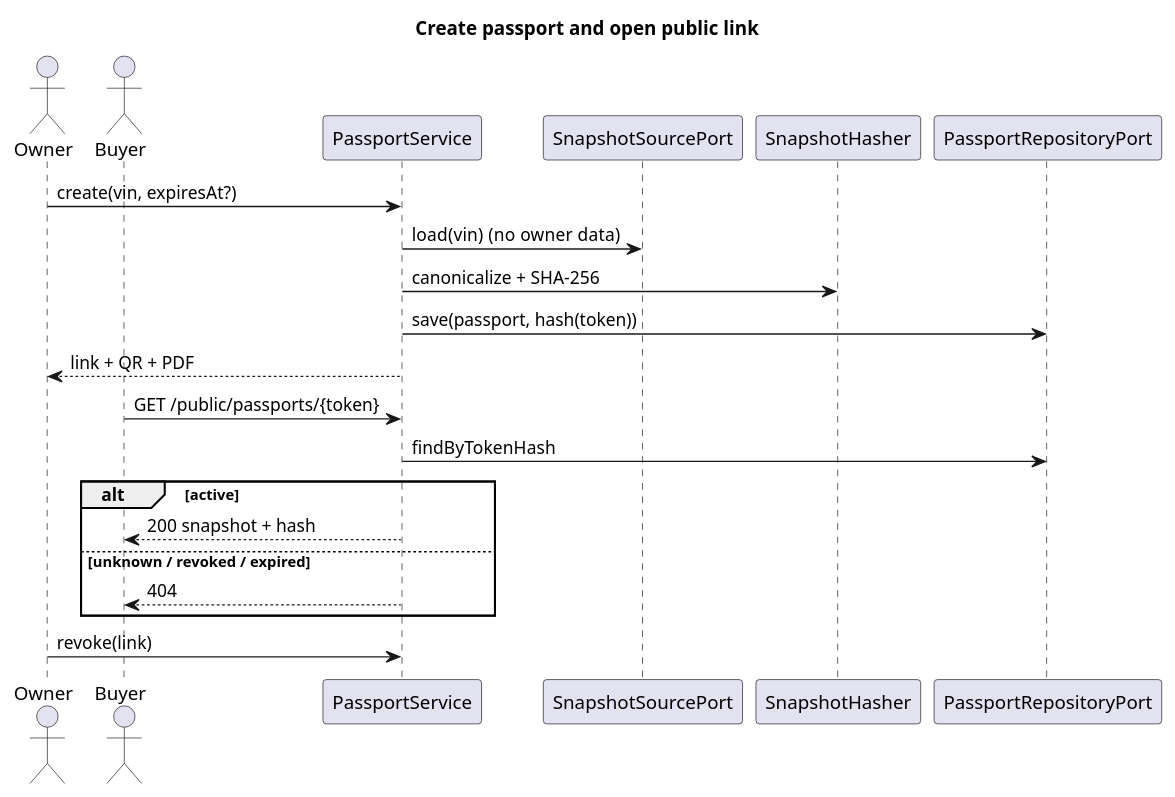
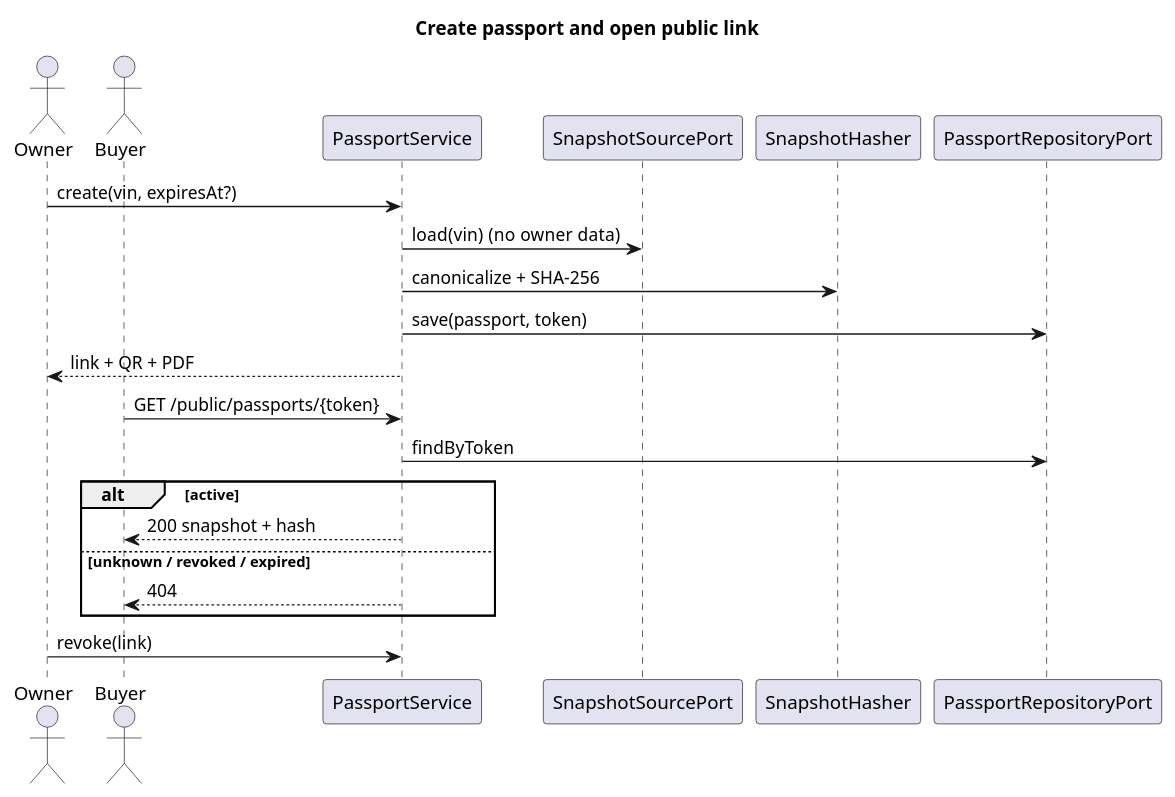
One commit to chelariu-andrei/vehicle-passport changed the second of 2 diagrams in docs/diagrams/passport.puml. Above: the diagram before and after it, drawn with PlantUML. The commit also changed other lines of this file and 12 other files, not shown here.

```diff
--- a/docs/diagrams/passport.puml
+++ b/docs/diagrams/passport.puml
@@ -55,22 +59,22 @@
 @startuml passport-seq
 title Create passport and open public link
 actor Owner
 actor Buyer
 participant PassportService
 participant SnapshotSourcePort
 participant SnapshotHasher
 participant PassportRepositoryPort
 Owner -> PassportService : create(vin, expiresAt?)
 PassportService -> SnapshotSourcePort : load(vin)  (no owner data)
 PassportService -> SnapshotHasher : canonicalize + SHA-256
-PassportService -> PassportRepositoryPort : save(passport, hash(token))
+PassportService -> PassportRepositoryPort : save(passport, token)
 PassportService --> Owner : link + QR + PDF
 Buyer -> PassportService : GET /public/passports/{token}
-PassportService -> PassportRepositoryPort : findByTokenHash
+PassportService -> PassportRepositoryPort : findByToken
 alt active
   PassportService --> Buyer : 200 snapshot + hash
 else unknown / revoked / expired
   PassportService --> Buyer : 404
 end
 Owner -> PassportService : revoke(link)
 @enduml
```
